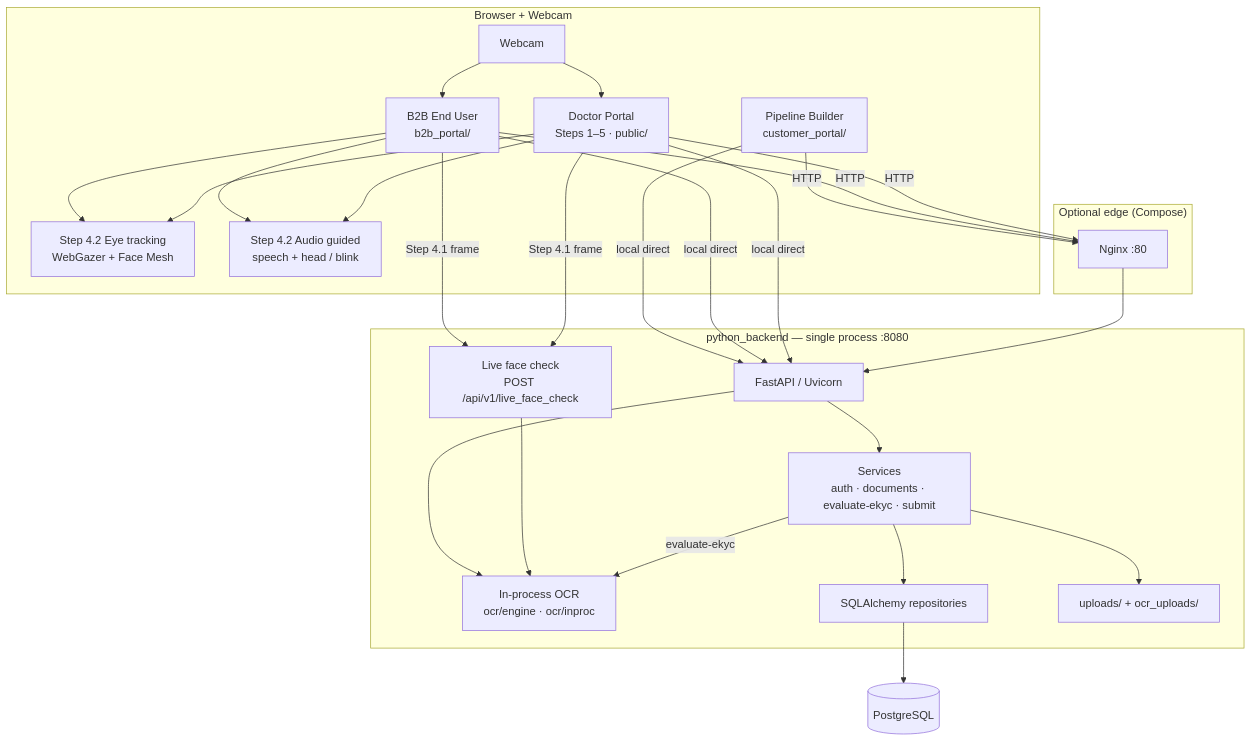
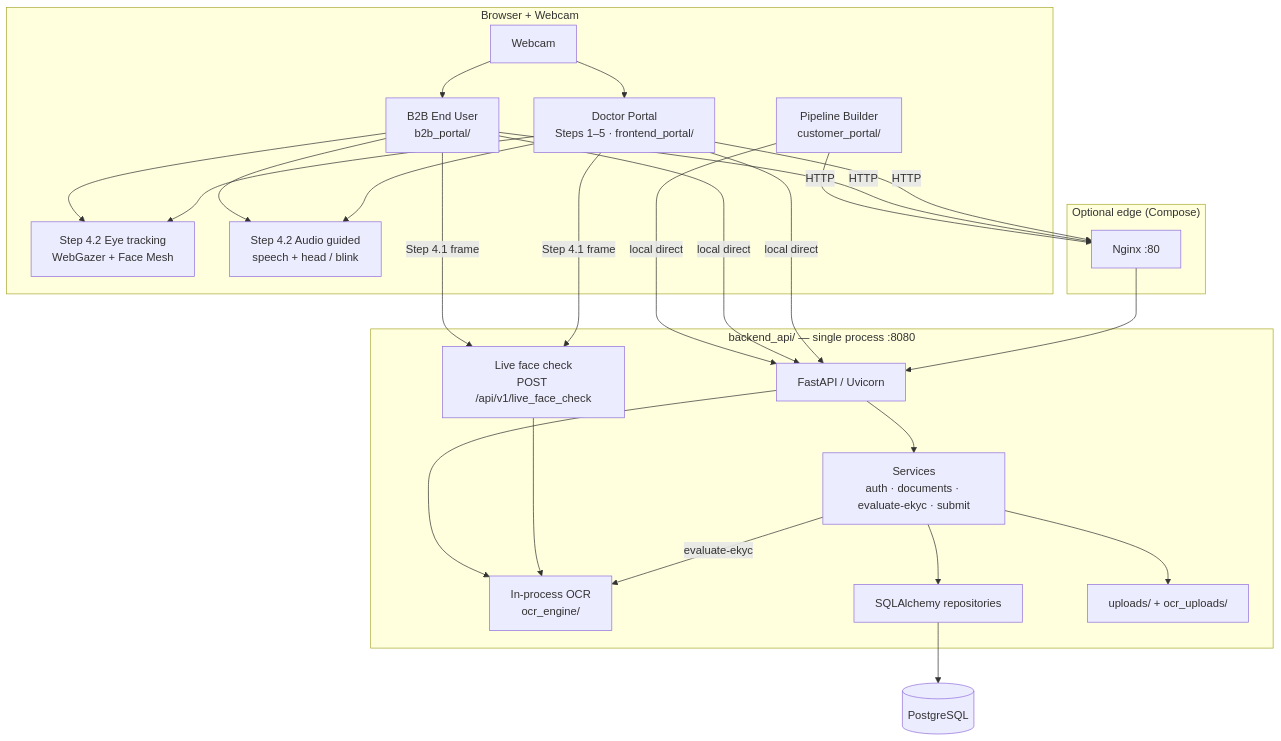
One commit to Saravanan2005real/zudoc-doctor-portal-EKYC changed the first of 5 diagrams in README.md. Above: the diagram before and after it, drawn with Mermaid. The commit also changed other lines of this file and 10 other files, not shown here.

````diff
--- a/README.md
+++ b/README.md
@@ -49,48 +49,48 @@
 ```mermaid
 flowchart TB
   subgraph Client["Browser + Webcam"]
-    UI["Doctor Portal<br/>Steps 1–5 · public/"]
+    UI["Doctor Portal<br/>Steps 1–5 · frontend_portal/"]
     B2B["B2B End User<br/>b2b_portal/"]
     CUST["Pipeline Builder<br/>customer_portal/"]
     WG["Step 4.2 Eye tracking<br/>WebGazer + Face Mesh"]
     AUD["Step 4.2 Audio guided<br/>speech + head / blink"]
     CAM["Webcam"]
   end
 
   subgraph Edge["Optional edge (Compose)"]
     NGX["Nginx :80"]
   end
 
-  subgraph Backend["python_backend — single process :8080"]
+  subgraph Backend["backend_api/ — single process :8080"]
     API["FastAPI / Uvicorn"]
     SVC["Services<br/>auth · documents · evaluate-ekyc · submit"]
-    OCR["In-process OCR<br/>ocr/engine · ocr/inproc"]
+    OCR["In-process OCR<br/>ocr_engine/"]
     LIVE["Live face check<br/>POST /api/v1/live_face_check"]
     REPO["SQLAlchemy repositories"]
     STORE["uploads/ + ocr_uploads/"]
   end
 
   PG[("PostgreSQL")]
 
   UI -->|HTTP| NGX
   B2B -->|HTTP| NGX
   CUST -->|HTTP| NGX
   NGX --> API
   UI -->|local direct| API
   B2B -->|local direct| API
   CUST -->|local direct| API
   CAM --> UI
   CAM --> B2B
   UI --> WG
   B2B --> WG
   UI --> AUD
   B2B --> AUD
   UI -->|"Step 4.1 frame"| LIVE
   B2B -->|"Step 4.1 frame"| LIVE
   API --> SVC
   SVC --> REPO --> PG
   SVC --> STORE
   SVC -->|"evaluate-ekyc"| OCR
   LIVE --> OCR
   API --> OCR
 ```
````
